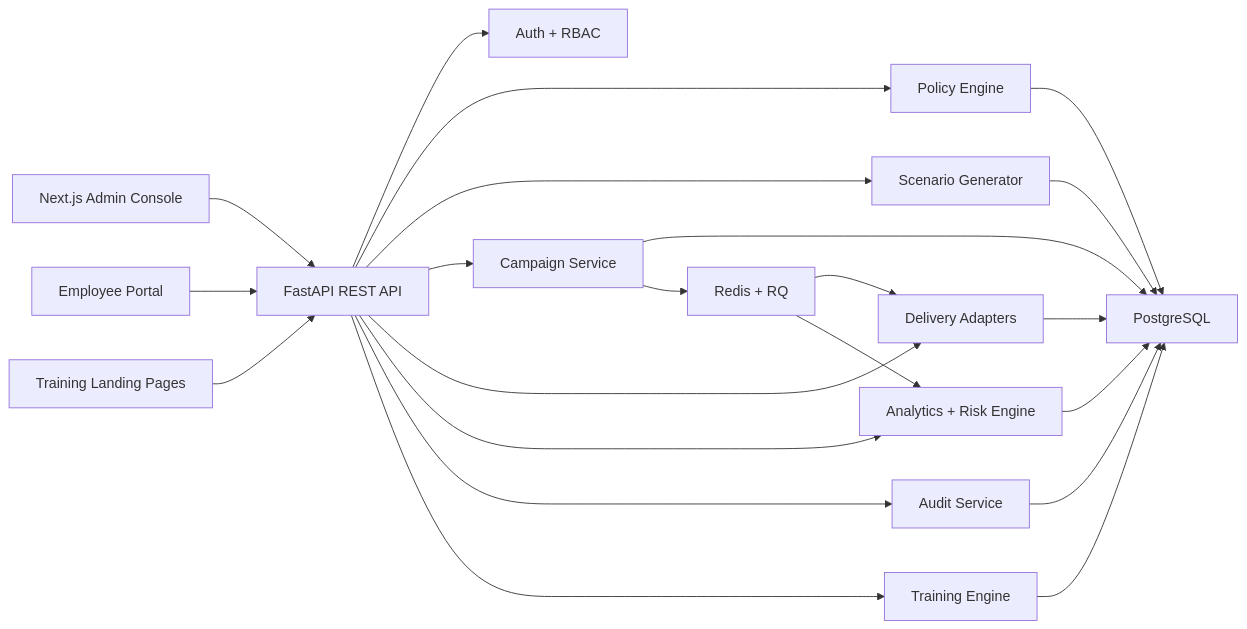
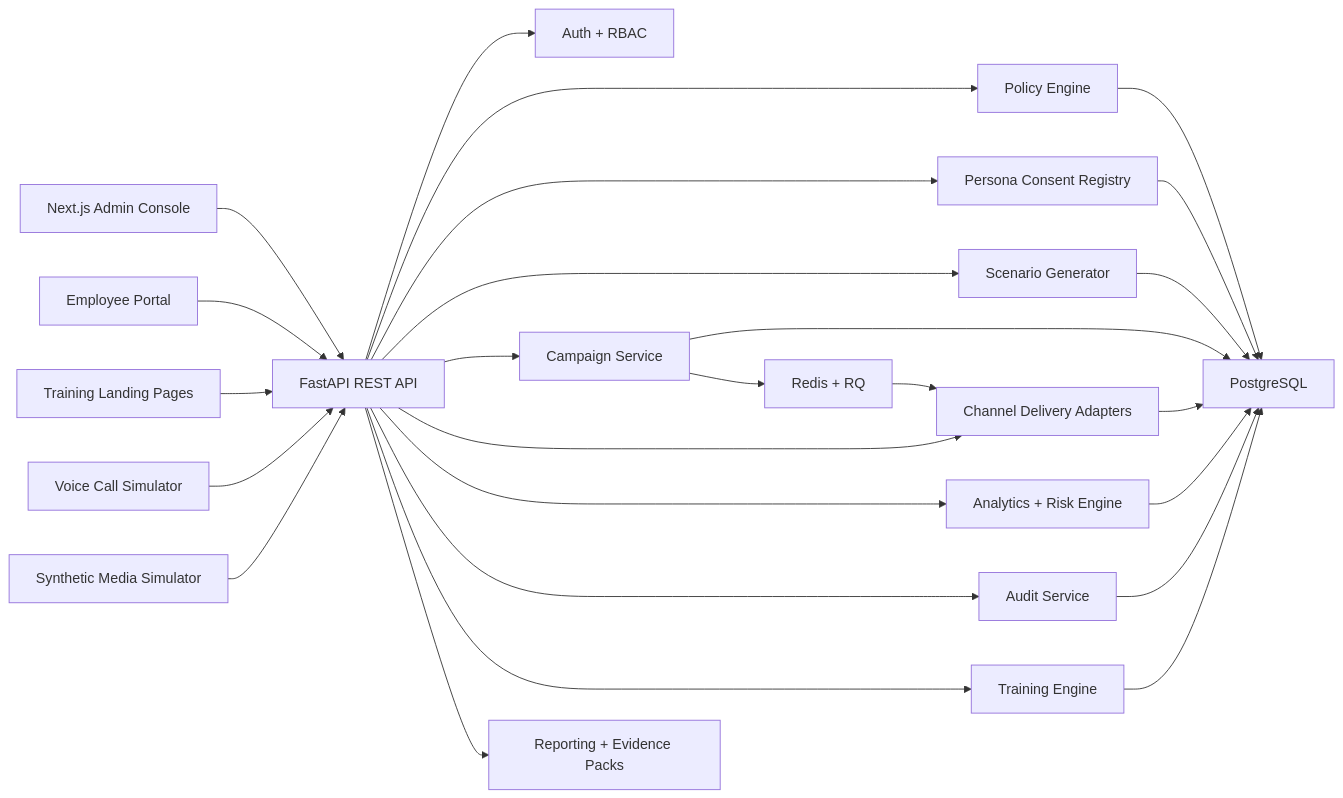
The diagram in README.md (thedevilhunter225/breachsim), drawn with Mermaid before and after one commit. The commit also changed other lines of this file and 21 other files, not shown here.

First line of the commit message:
docs: document the channel and synthetic-media features with screenshots

````diff
--- a/README.md
+++ b/README.md
@@ -14,24 +36,28 @@
 ```mermaid
 flowchart LR
     A["Next.js Admin Console"] --> B["FastAPI REST API"]
     P["Employee Portal"] --> B
     T["Training Landing Pages"] --> B
+    V["Voice Call Simulator"] --> B
+    D["Synthetic Media Simulator"] --> B
     B --> C["Auth + RBAC"]
-    B --> D["Policy Engine"]
+    B --> PE["Policy Engine"]
+    B --> PG["Persona Consent Registry"]
     B --> E["Scenario Generator"]
     B --> F["Campaign Service"]
-    B --> G["Delivery Adapters"]
+    B --> G["Channel Delivery Adapters"]
     B --> H["Analytics + Risk Engine"]
     B --> I["Audit Service"]
     B --> J["Training Engine"]
-    D --> K["PostgreSQL"]
+    B --> R["Reporting + Evidence Packs"]
+    PE --> K["PostgreSQL"]
+    PG --> K
     E --> K
     F --> K
     G --> K
     H --> K
     I --> K
     J --> K
-    F --> R["Redis + RQ"]
-    R --> G
-    R --> H
+    F --> Q["Redis + RQ"]
+    Q --> G
 ```
````
